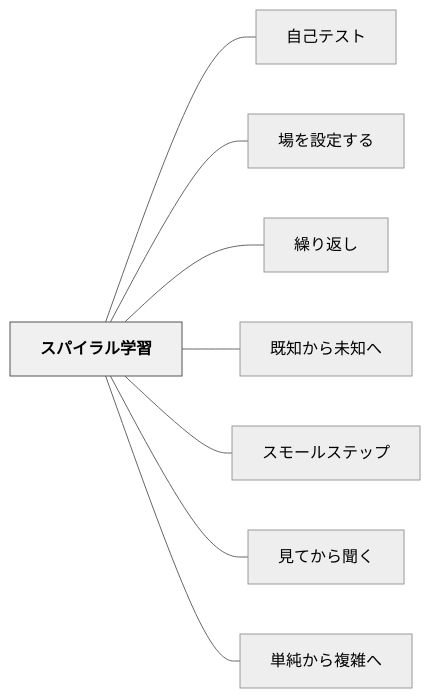
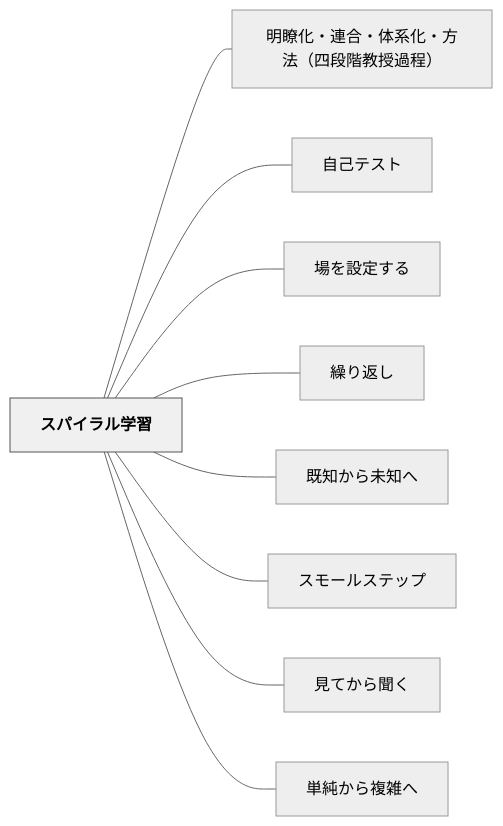
The diagram in content/パタン/スパイラル学習.md (unknownthings-ed-patterns/unknownthings-ed-patterns), drawn with Mermaid (neutral theme) before and after one commit. The commit also changed other lines of this file and 15 other files, not shown here.

````diff
--- a/content/パタン/スパイラル学習.md
+++ b/content/パタン/スパイラル学習.md
@@ -86,22 +102,24 @@
 ```mermaid
 flowchart LR
     ne382b9e38391e382a4e383a9e383abe5ada6e7bf92["スパイラル学習"]
+    ne6988ee79eade58c96e383bbe980a3e59088e383bbe4bd93e7b3bbe58c96e383bbe696b9e6b395efbc88e59b9be6aeb5e99a8ee69599e68e88e9818ee7a88befbc89["明瞭化・連合・体系化・方法（四段階教授過程）"]
     ne887aae5b7b1e38386e382b9e38388["自己テスト"]
     ne5a0b4e38292e8a8ade5ae9ae38199e3828b["場を設定する"]
     ne7b9b0e3828ae8bf94e38197["繰り返し"]
     ne697a2e79fa5e3818be38289e69caae79fa5e381b8["既知から未知へ"]
     ne382b9e383a2e383bce383abe382b9e38386e38383e38397["スモールステップ"]
     ne8a68be381a6e3818be38289e8819ee3818f["見てから聞く"]
     ne58d98e7b494e3818be38289e8a487e99b91e381b8["単純から複雑へ"]
 
+    ne382b9e38391e382a4e383a9e383abe5ada6e7bf92 --- ne6988ee79eade58c96e383bbe980a3e59088e383bbe4bd93e7b3bbe58c96e383bbe696b9e6b395efbc88e59b9be6aeb5e99a8ee69599e68e88e9818ee7a88befbc89
     ne382b9e38391e382a4e383a9e383abe5ada6e7bf92 --- ne887aae5b7b1e38386e382b9e38388
     ne382b9e38391e382a4e383a9e383abe5ada6e7bf92 --- ne5a0b4e38292e8a8ade5ae9ae38199e3828b
     ne382b9e38391e382a4e383a9e383abe5ada6e7bf92 --- ne7b9b0e3828ae8bf94e38197
     ne382b9e38391e382a4e383a9e383abe5ada6e7bf92 --- ne697a2e79fa5e3818be38289e69caae79fa5e381b8
     ne382b9e38391e382a4e383a9e383abe5ada6e7bf92 --- ne382b9e383a2e383bce383abe382b9e38386e38383e38397
     ne382b9e38391e382a4e383a9e383abe5ada6e7bf92 --- ne8a68be381a6e3818be38289e8819ee3818f
     ne382b9e38391e382a4e383a9e383abe5ada6e7bf92 --- ne58d98e7b494e3818be38289e8a487e99b91e381b8
 
     classDef hub fill:#f0f0f0,stroke:#555,color:#000,font-weight:bold
     class ne382b9e38391e382a4e383a9e383abe5ada6e7bf92 hub
 ```
````
